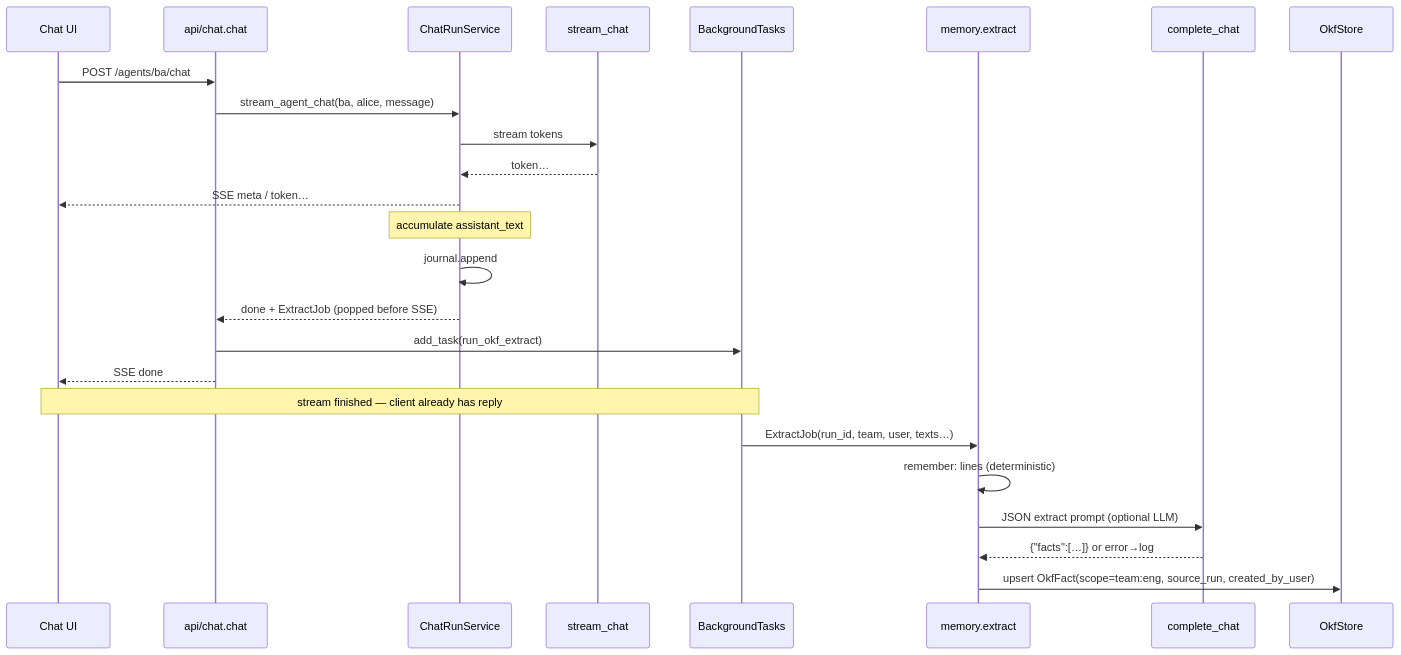
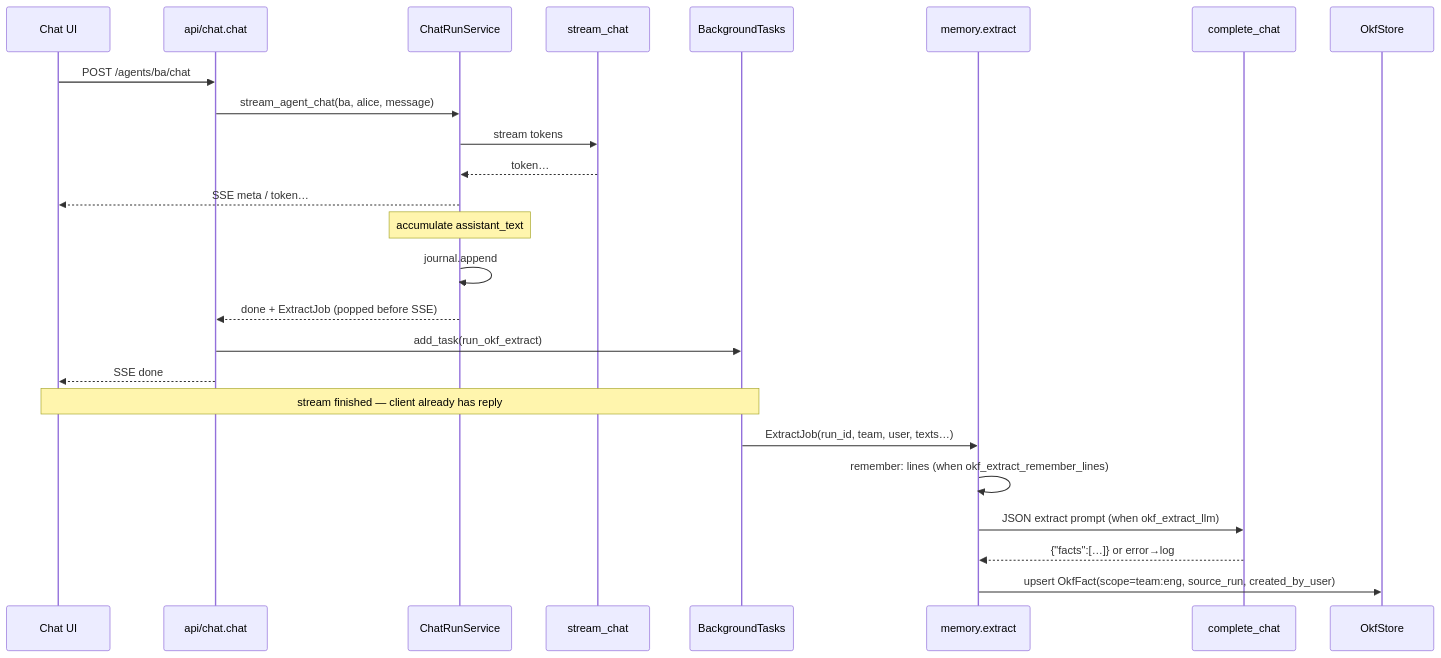
One commit to abhishekjasani/AgentAnyStack changed the fourth of 4 diagrams in docs/architecture/04_MEMORY.md. Above: the diagram before and after it, drawn with Mermaid. The commit also changed other lines of this file and 11 other files, not shown here.

Commit message:
feat: enhance OKF extraction features; add support for soft LLM and remember lines options

````diff
--- a/docs/architecture/04_MEMORY.md
+++ b/docs/architecture/04_MEMORY.md
@@ -150,28 +150,28 @@
 ```mermaid
 sequenceDiagram
     participant UI as Chat UI
     participant Chat as api/chat.chat
     participant CRS as ChatRunService
     participant LLM as stream_chat
     participant BT as BackgroundTasks
     participant Ext as memory.extract
     participant Comp as complete_chat
     participant DB as OkfStore
 
     UI->>Chat: POST /agents/ba/chat
     Chat->>CRS: stream_agent_chat(ba, alice, message)
     CRS->>LLM: stream tokens
     LLM-->>CRS: token…
     CRS-->>UI: SSE meta / token…
     Note over CRS: accumulate assistant_text
     CRS->>CRS: journal.append
     CRS-->>Chat: done + ExtractJob (popped before SSE)
     Chat->>BT: add_task(run_okf_extract)
     Chat-->>UI: SSE done
     Note over UI,BT: stream finished — client already has reply
     BT->>Ext: ExtractJob(run_id, team, user, texts…)
-    Ext->>Ext: remember: lines (deterministic)
-    Ext->>Comp: JSON extract prompt (optional LLM)
+    Ext->>Ext: remember: lines (when okf_extract_remember_lines)
+    Ext->>Comp: JSON extract prompt (when okf_extract_llm)
     Comp-->>Ext: {"facts":[…]} or error→log
     Ext->>DB: upsert OkfFact(scope=team:eng, source_run, created_by_user)
 ```
````
